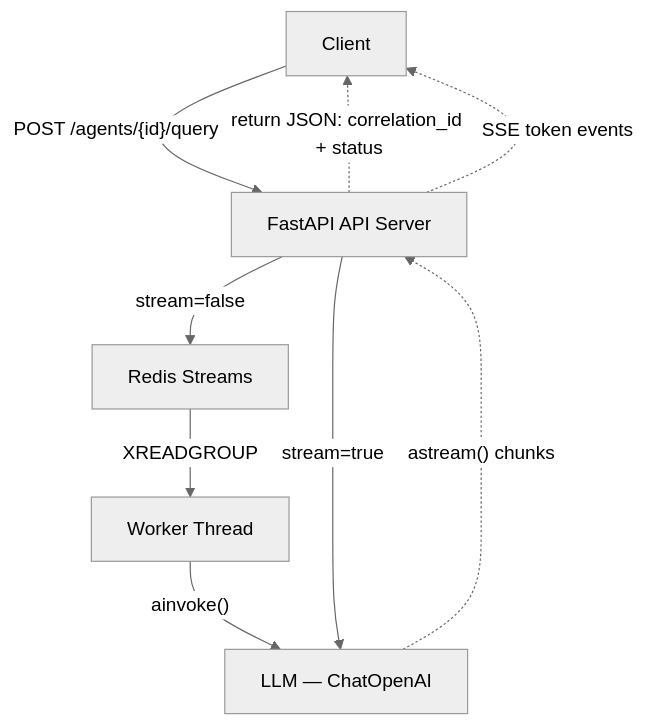
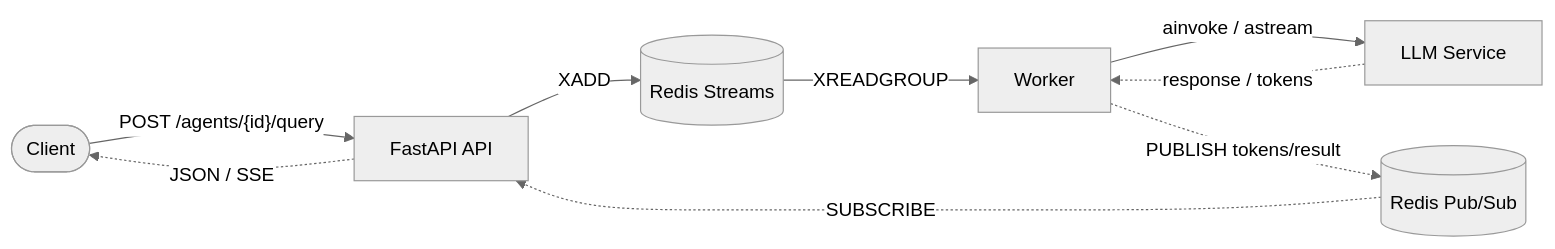
Before and after one commit to lkiitkgp/new-repo: the first of 3 diagrams in README.md, drawn with Mermaid (neutral theme). The commit also changed other lines of this file, not shown here.

````diff
--- a/README.md
+++ b/README.md
@@ -42,19 +46,18 @@
 ```mermaid
-flowchart TD
-    Client[Client]
-    API[FastAPI API Server]
-    RedisStreams[Redis Streams]
-    Worker[Worker Thread]
-    LLM[LLM — ChatOpenAI]
+flowchart LR
+    Client([Client])
+    API[FastAPI API]
+    RS[(Redis Streams)]
+    W[Worker]
+    PS[(Redis Pub/Sub)]
+    LLM[LLM Service]
 
     Client -- "POST /agents/{id}/query" --> API
-
-    API -- "stream=false" --> RedisStreams
-    RedisStreams -- "XREADGROUP" --> Worker
-    Worker -- "ainvoke()" --> LLM
-    API -. "return JSON: correlation_id + status" .-> Client
-
-    API -- "stream=true" --> LLM
-    LLM -. "astream() chunks" .-> API
-    API -. "SSE token events" .-> Client
+    API -- "XADD" --> RS
+    RS -- "XREADGROUP" --> W
+    W -- "ainvoke / astream" --> LLM
+    LLM -. "response / tokens" .-> W
+    W -. "PUBLISH tokens/result" .-> PS
+    PS -. "SUBSCRIBE" .-> API
+    API -. "JSON / SSE" .-> Client
 ```
````
